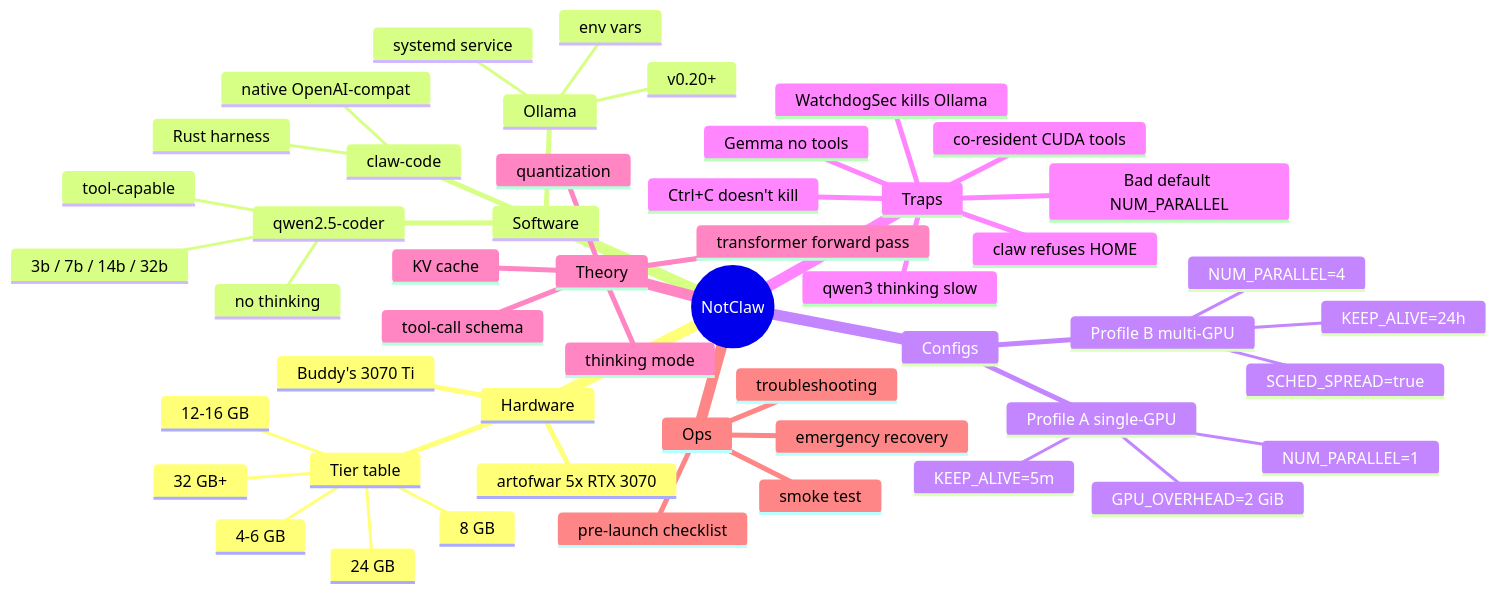
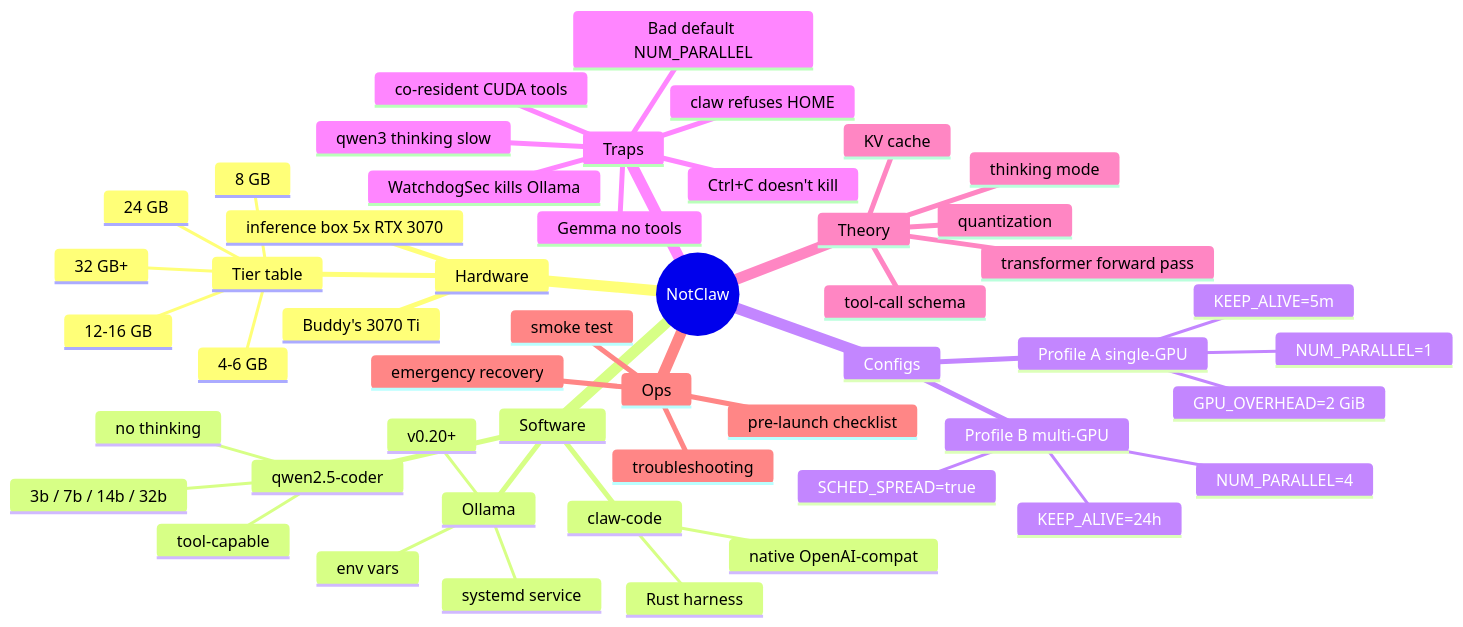
Diagram 18 of 18 in README.md (Ringmast4r/NotClaw), drawn with Mermaid before and after one commit. The commit also changed other lines of this file and 2 other files, not shown here.

````diff
--- a/README.md
+++ b/README.md
@@ -857,53 +857,53 @@
 ```mermaid
 mindmap
   root((NotClaw))
     Hardware
-      artofwar 5x RTX 3070
+      inference box 5x RTX 3070
       Buddy's 3070 Ti
       Tier table
         4-6 GB
         8 GB
         12-16 GB
         24 GB
         32 GB+
     Software
       claw-code
         Rust harness
         native OpenAI-compat
       Ollama
         v0.20+
         systemd service
         env vars
       qwen2.5-coder
         3b / 7b / 14b / 32b
         tool-capable
         no thinking
     Configs
       Profile A single-GPU
         NUM_PARALLEL=1
         GPU_OVERHEAD=2 GiB
         KEEP_ALIVE=5m
       Profile B multi-GPU
         SCHED_SPREAD=true
         NUM_PARALLEL=4
         KEEP_ALIVE=24h
     Traps
       WatchdogSec kills Ollama
       Bad default NUM_PARALLEL
       Gemma no tools
       qwen3 thinking slow
       claw refuses HOME
       Ctrl+C doesn't kill
       co-resident CUDA tools
     Theory
       transformer forward pass
       KV cache
       quantization
       tool-call schema
       thinking mode
     Ops
       pre-launch checklist
       smoke test
       troubleshooting
       emergency recovery
 ```
````
